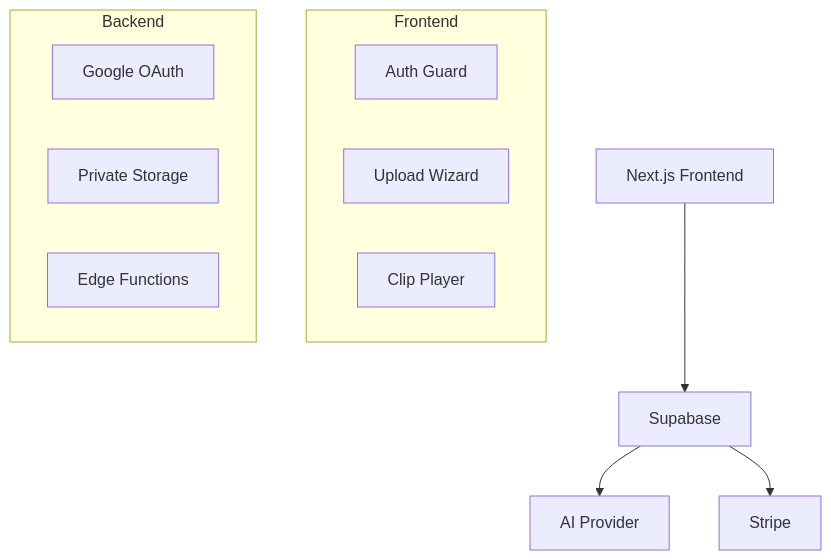
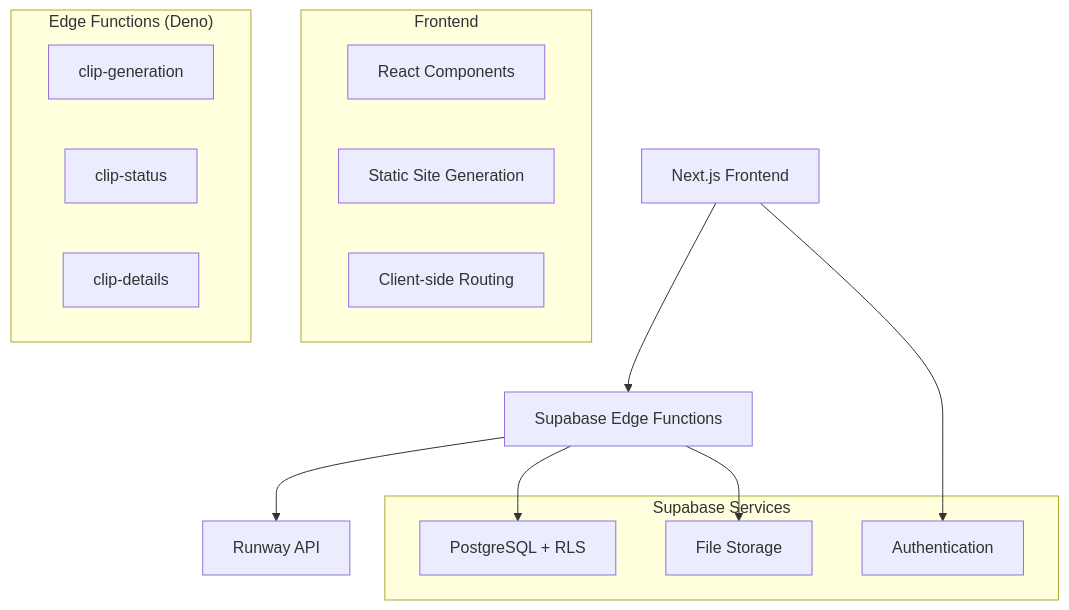
Before and after one commit to SagieGrun/echoes-video-creator: the diagram in memory-bank/systemPatterns.md, drawn with Mermaid. The commit also changed other lines of this file and 3 other files, not shown here.

````diff
--- a/memory-bank/systemPatterns.md
+++ b/memory-bank/systemPatterns.md
@@ -5,18 +5,26 @@
 ```mermaid
 flowchart TD
-    A[Next.js Frontend] --> B[Supabase]
-    B --> C[AI Provider]
-    B --> D[Stripe]
+    A[Next.js Frontend] --> B[Supabase Edge Functions]
+    B --> C[Runway API]
+    B --> D[Supabase Database]
+    B --> E[Supabase Storage]
+    A --> F[Supabase Auth]
     
     subgraph Frontend
-        A1[Auth Guard]
-        A2[Upload Wizard]
-        A3[Clip Player]
+        A1[React Components]
+        A2[Static Site Generation]
+        A3[Client-side Routing]
     end
     
-    subgraph Backend
-        B1[Google OAuth]
-        B2[Private Storage]
-        B3[Edge Functions]
+    subgraph "Edge Functions (Deno)"
+        B1[clip-generation]
+        B2[clip-status]
+        B3[clip-details]
+    end
+    
+    subgraph "Supabase Services"
+        D[PostgreSQL + RLS]
+        E[File Storage]
+        F[Authentication]
     end
 ```
````
